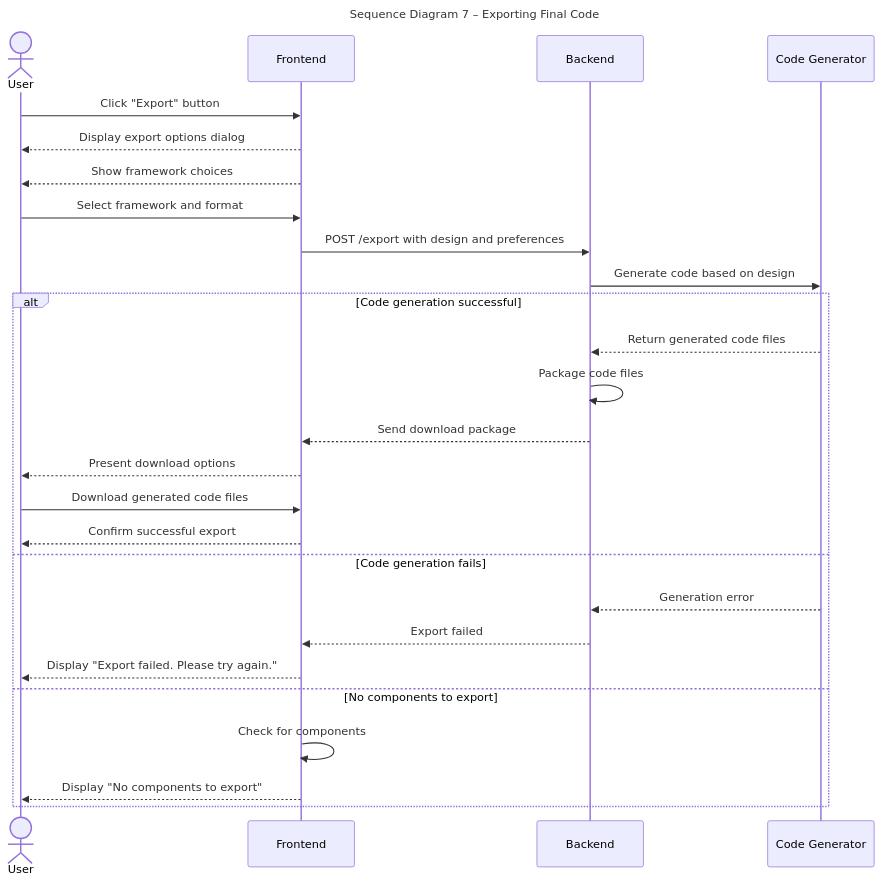
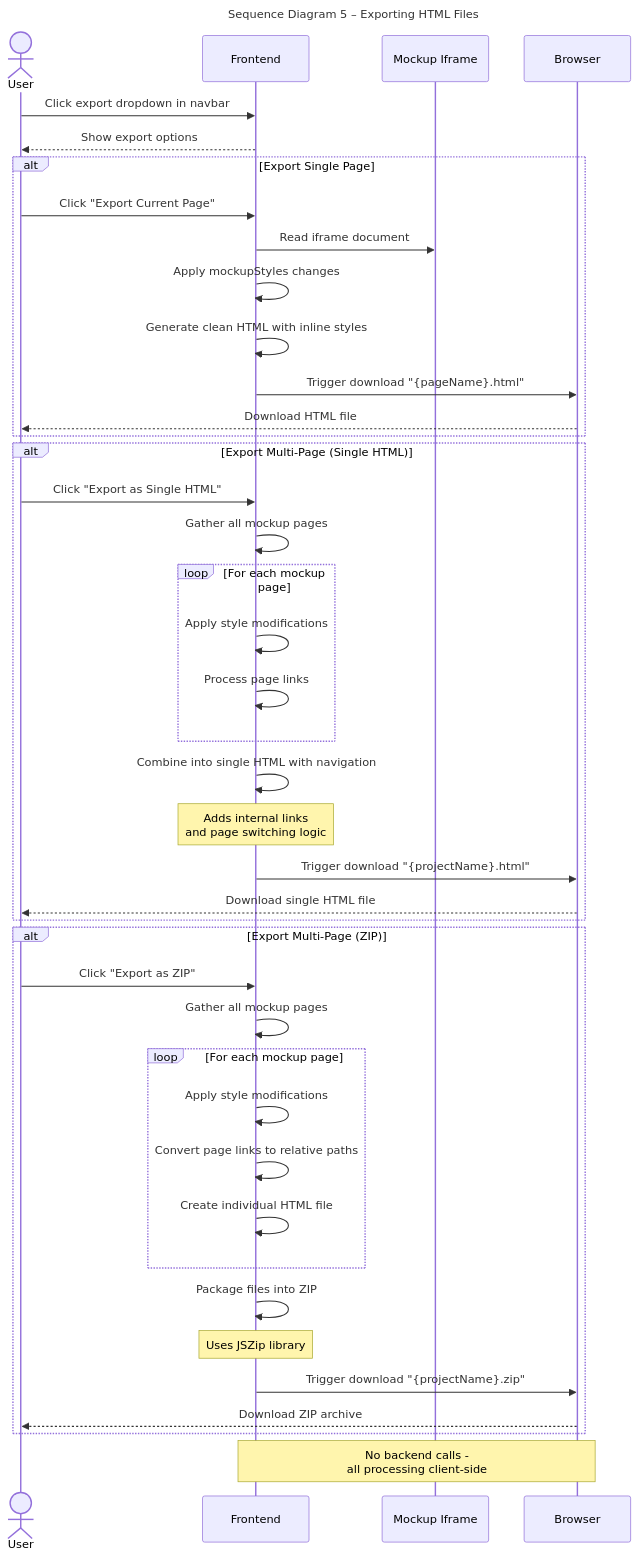
The fifth of 6 diagrams in documentation/docs/system-architecture/sequence-diagrams.md (Capstone-Projects-2025-Fall/project-001-sketch2screen), drawn with Mermaid before and after one commit. The commit also changed other lines of this file and 2 other files, not shown here.

Commit message:
Updated Sequence Diagrams section

````diff
--- a/documentation/docs/system-architecture/sequence-diagrams.md
+++ b/documentation/docs/system-architecture/sequence-diagrams.md
@@ -287,34 +195,56 @@
 ```mermaid
 ---
-title: Sequence Diagram 7 – Exporting Final Code
+title: Sequence Diagram 5 – Exporting HTML Files
 ---
 
 sequenceDiagram
     actor User
     participant Frontend
-    participant Backend
-    participant Code_Generator as Code Generator
+    participant Iframe as Mockup Iframe
+    participant Browser
 
-    User->>Frontend: Click "Export" button
-    Frontend-->>User: Display export options dialog
-    Frontend-->>User: Show framework choices
-    User->>Frontend: Select framework and format
-    Frontend->>Backend: POST /export with design and preferences
-    Backend->>Code_Generator: Generate code based on design
+    User->>Frontend: Click export dropdown in navbar
+    Frontend-->>User: Show export options
 
-    alt Code generation successful
-        Code_Generator-->>Backend: Return generated code files
-        Backend->>Backend: Package code files
-        Backend-->>Frontend: Send download package
-        Frontend-->>User: Present download options
-        User->>Frontend: Download generated code files
-        Frontend-->>User: Confirm successful export
-    else Code generation fails
-        Code_Generator-->>Backend: Generation error
-        Backend-->>Frontend: Export failed
-        Frontend-->>User: Display "Export failed. Please try again."
-    else No components to export
-        Frontend->>Frontend: Check for components
-        Frontend-->>User: Display "No components to export"
+    alt Export Single Page
+        User->>Frontend: Click "Export Current Page"
+        Frontend->>Iframe: Read iframe document
+        Frontend->>Frontend: Apply mockupStyles changes
+        Frontend->>Frontend: Generate clean HTML with inline styles
+        Frontend->>Browser: Trigger download "{pageName}.html"
+        Browser-->>User: Download HTML file
     end
+
+    alt Export Multi-Page (Single HTML)
+        User->>Frontend: Click "Export as Single HTML"
+        Frontend->>Frontend: Gather all mockup pages
+
+        loop For each mockup page
+            Frontend->>Frontend: Apply style modifications
+            Frontend->>Frontend: Process page links
+        end
+
+        Frontend->>Frontend: Combine into single HTML with navigation
+        Note over Frontend: Adds internal links<br/>and page switching logic
+        Frontend->>Browser: Trigger download "{projectName}.html"
+        Browser-->>User: Download single HTML file
+    end
+
+    alt Export Multi-Page (ZIP)
+        User->>Frontend: Click "Export as ZIP"
+        Frontend->>Frontend: Gather all mockup pages
+
+        loop For each mockup page
+            Frontend->>Frontend: Apply style modifications
+            Frontend->>Frontend: Convert page links to relative paths
+            Frontend->>Frontend: Create individual HTML file
+        end
+
+        Frontend->>Frontend: Package files into ZIP
+        Note over Frontend: Uses JSZip library
+        Frontend->>Browser: Trigger download "{projectName}.zip"
+        Browser-->>User: Download ZIP archive
+    end
+
+    Note over Frontend,Browser: No backend calls -<br/>all processing client-side
 ```
````
